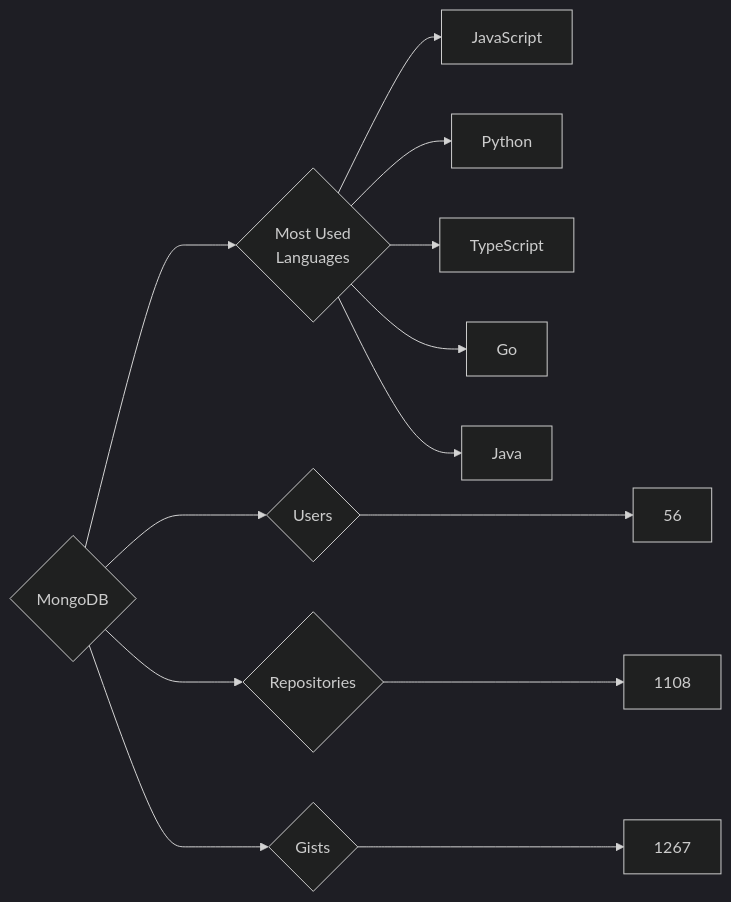
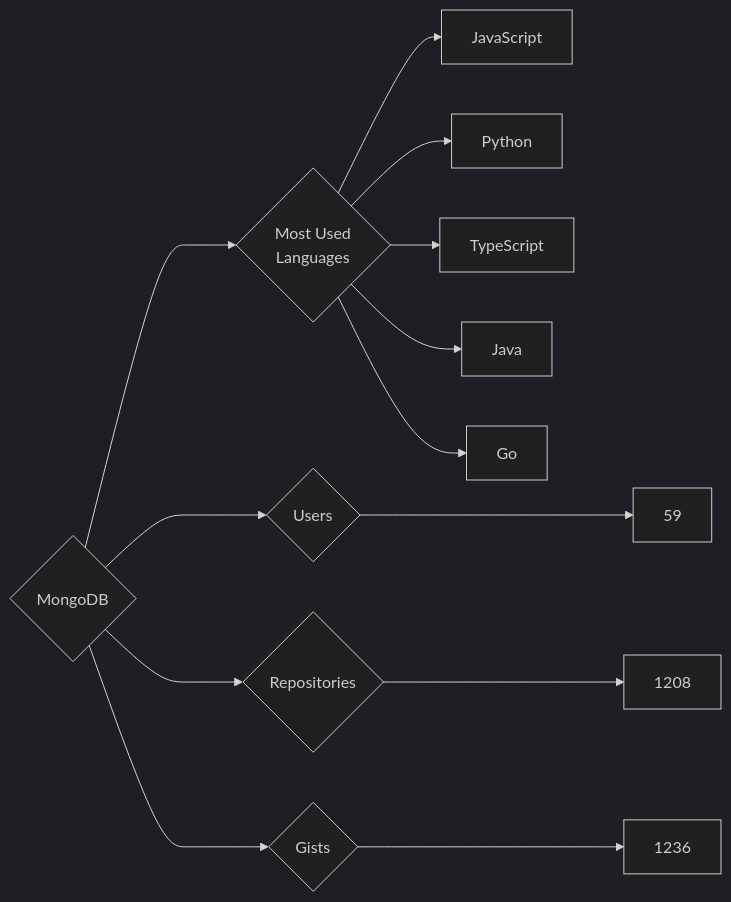
Before and after one commit to trickest/insiders: the diagram in targets/MongoDB/README.md, drawn with Mermaid (dark theme). The commit also changed 1389 other files, not shown here.

````diff
--- a/targets/MongoDB/README.md
+++ b/targets/MongoDB/README.md
@@ -3,13 +3,13 @@
 ```mermaid
 graph LR
 COMPANY_NAME{MongoDB}
-COMPANY_NAME ---> U{Users} ---> UN[56]
-COMPANY_NAME ---> R{Repositories} ---> RN[1108]
-COMPANY_NAME ---> G{Gists} ---> GN[1267]
+COMPANY_NAME ---> U{Users} ---> UN[59]
+COMPANY_NAME ---> R{Repositories} ---> RN[1208]
+COMPANY_NAME ---> G{Gists} ---> GN[1236]
 COMPANY_NAME ---> ML{Most Used<br>Languages}
 ML --> JavaScript[JavaScript]
 ML --> Python[Python]
 ML --> TypeScript[TypeScript]
+ML --> Java[Java]
 ML --> Go[Go]
-ML --> Java[Java]
 ```
````
